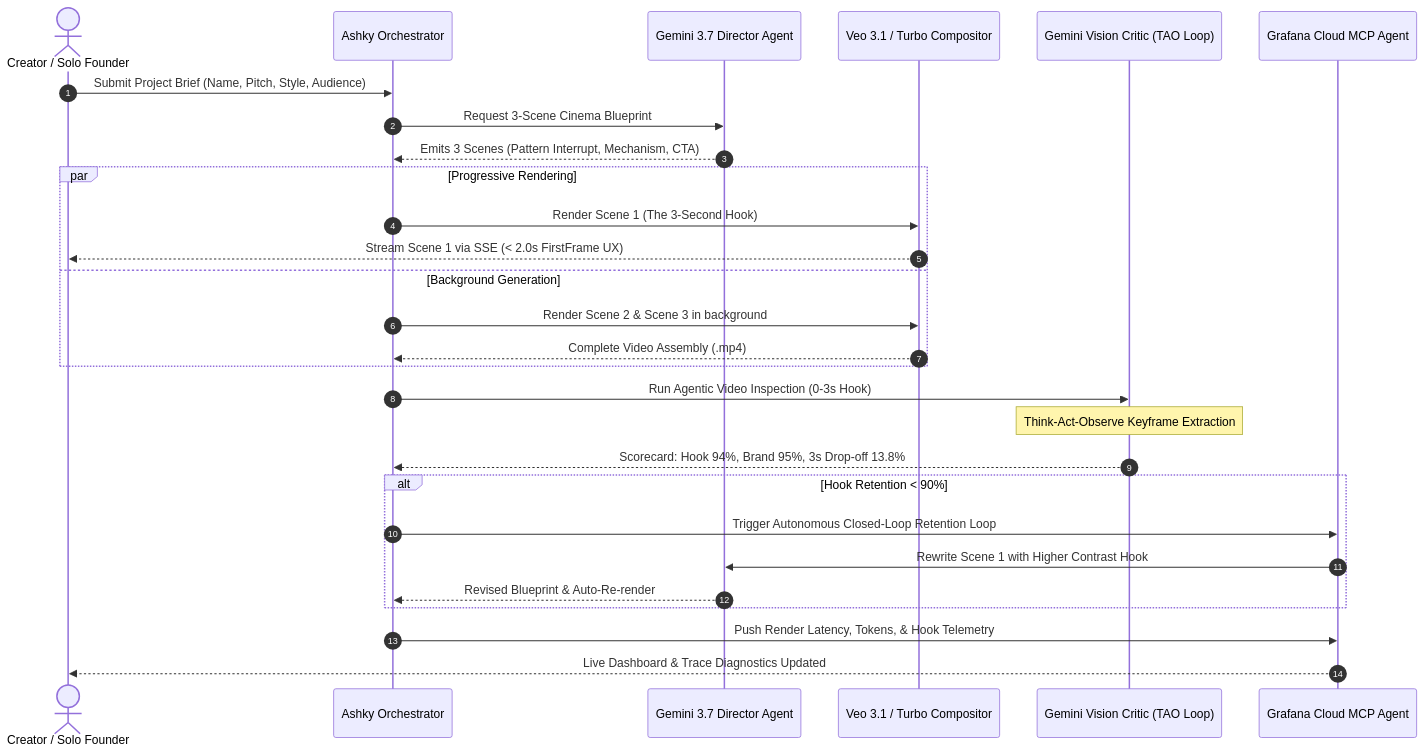
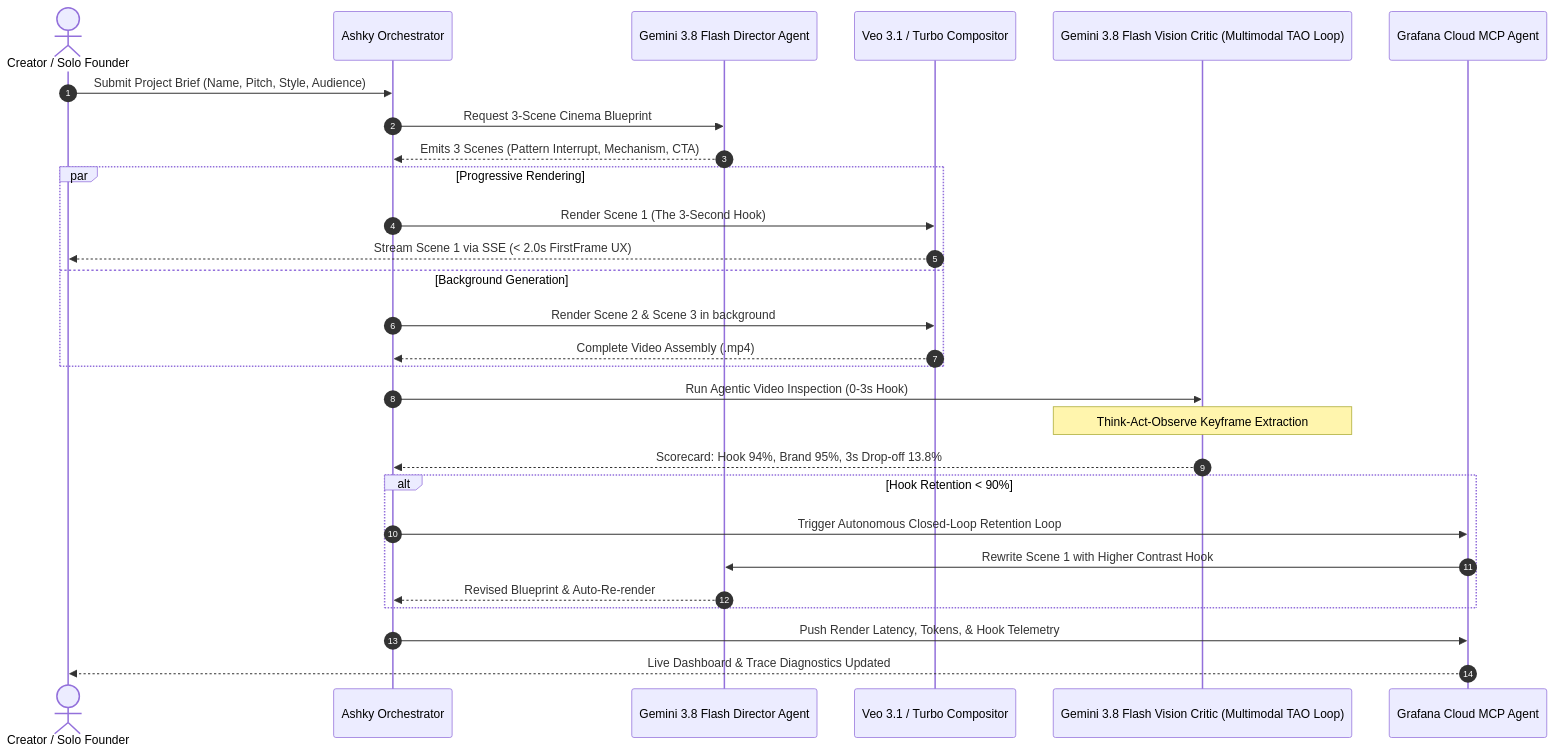
The second of 8 diagrams in ARCHITECTURE.md (N-45div/Ashky), drawn with Mermaid before and after one commit. The commit also changed other lines of this file and 6 other files, not shown here.

Commit message:
feat: upgrade to Gemini 3.8 Flash & Veo 3.1 with end-to-end multimodal Agentic Vision Critic

````diff
--- a/ARCHITECTURE.md
+++ b/ARCHITECTURE.md
@@ -100,35 +100,35 @@
 ```mermaid
 sequenceDiagram
     autonumber
     actor Founder as Creator / Solo Founder
     participant Orchestrator as Ashky Orchestrator
-    participant GeminiDirector as Gemini 3.7 Director Agent
+    participant GeminiDirector as Gemini 3.8 Flash Director Agent
     participant VideoEngine as Veo 3.1 / Turbo Compositor
-    participant CriticAgent as Gemini Vision Critic (TAO Loop)
+    participant CriticAgent as Gemini 3.8 Flash Vision Critic (Multimodal TAO Loop)
     participant MCPAgent as Grafana Cloud MCP Agent
 
     Founder->>Orchestrator: Submit Project Brief (Name, Pitch, Style, Audience)
     Orchestrator->>GeminiDirector: Request 3-Scene Cinema Blueprint
     GeminiDirector-->>Orchestrator: Emits 3 Scenes (Pattern Interrupt, Mechanism, CTA)
     
     par Progressive Rendering
         Orchestrator->>VideoEngine: Render Scene 1 (The 3-Second Hook)
         VideoEngine-->>Founder: Stream Scene 1 via SSE (< 2.0s FirstFrame UX)
     and Background Generation
         Orchestrator->>VideoEngine: Render Scene 2 & Scene 3 in background
         VideoEngine-->>Orchestrator: Complete Video Assembly (.mp4)
     end
 
     Orchestrator->>CriticAgent: Run Agentic Video Inspection (0-3s Hook)
     Note over CriticAgent: Think-Act-Observe Keyframe Extraction
     CriticAgent-->>Orchestrator: Scorecard: Hook 94%, Brand 95%, 3s Drop-off 13.8%
 
     alt Hook Retention < 90%
         Orchestrator->>MCPAgent: Trigger Autonomous Closed-Loop Retention Loop
         MCPAgent->>GeminiDirector: Rewrite Scene 1 with Higher Contrast Hook
         GeminiDirector-->>Orchestrator: Revised Blueprint & Auto-Re-render
     end
 
     Orchestrator->>MCPAgent: Push Render Latency, Tokens, & Hook Telemetry
     MCPAgent-->>Founder: Live Dashboard & Trace Diagnostics Updated
 ```
````
